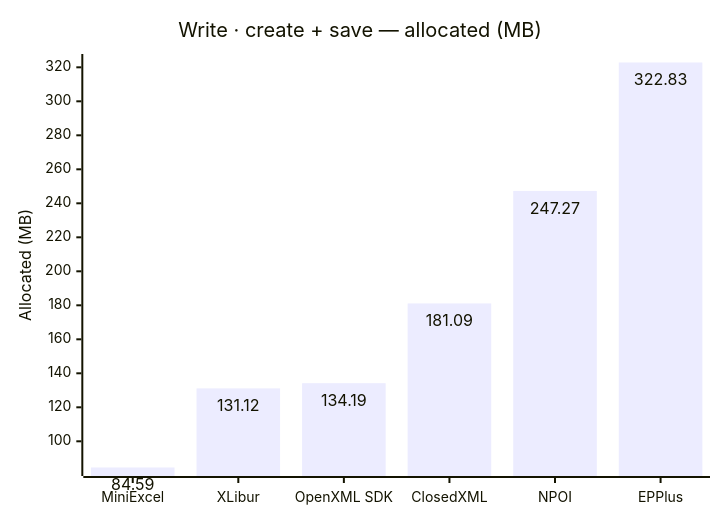
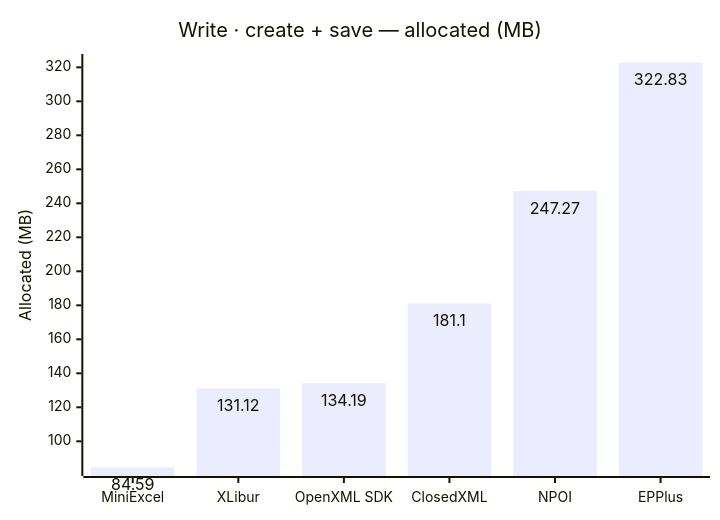
One commit to jafin/XLBench changed the sixth of 6 diagrams in docs/results.md. Above: the diagram before and after it, drawn with Mermaid. The commit also changed other lines of this file and 3 other files, not shown here.

````diff
--- a/docs/results.md
+++ b/docs/results.md
@@ -98,12 +99,12 @@
 ```mermaid
 ---
 config:
   xyChart:
     showDataLabel: true
 ---
 xychart-beta
     title "Write · create + save — allocated (MB)"
     x-axis ["MiniExcel", "XLibur", "OpenXML SDK", "ClosedXML", "NPOI", "EPPlus"]
     y-axis "Allocated (MB)"
-    bar [84.59, 131.12, 134.19, 181.09, 247.27, 322.83]
+    bar [84.59, 131.12, 134.19, 181.1, 247.27, 322.83]
 ```
````
